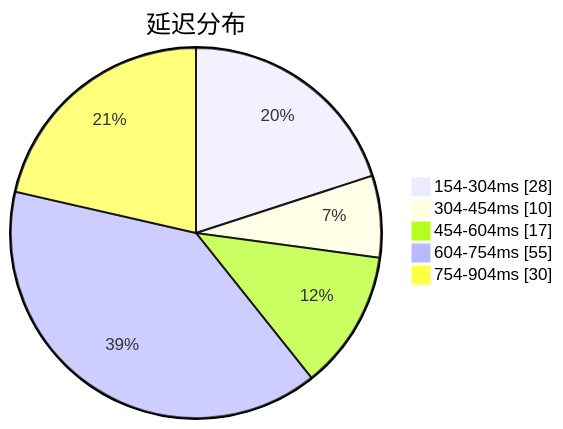
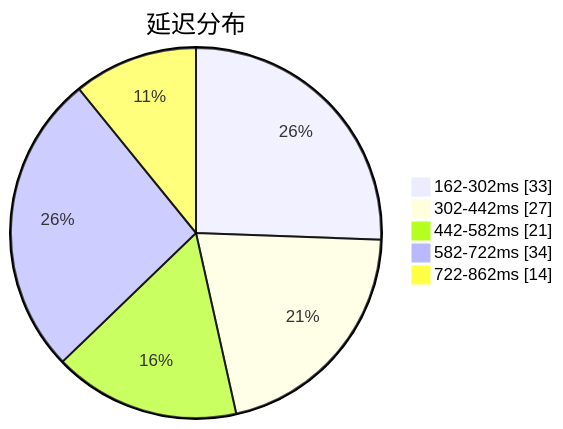
One commit to qjlxg/airport changed the first of 3 diagrams in subs/statistics/tested_within.md. Above: the diagram before and after it, drawn with Mermaid. The commit also changed other lines of this file and 2 other files, not shown here.

````diff
--- a/subs/statistics/tested_within.md
+++ b/subs/statistics/tested_within.md
@@ -2,9 +2,9 @@
 ```mermaid
 pie showData
 title 延迟分布
-"154-304ms" : 28
-"304-454ms" : 10
-"454-604ms" : 17
-"604-754ms" : 55
-"754-904ms" : 30
+"162-302ms" : 33
+"302-442ms" : 27
+"442-582ms" : 21
+"582-722ms" : 34
+"722-862ms" : 14
 ```
````
